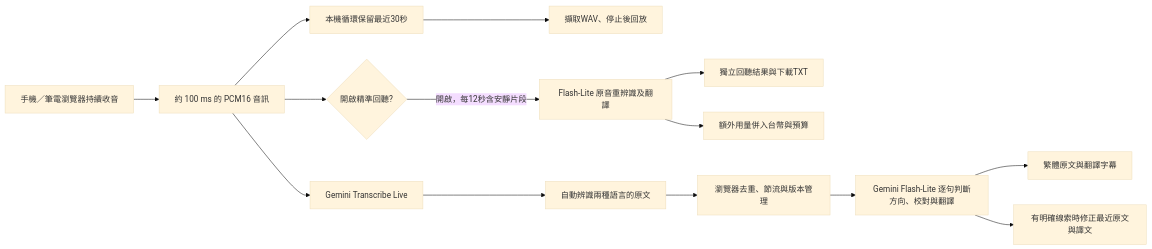
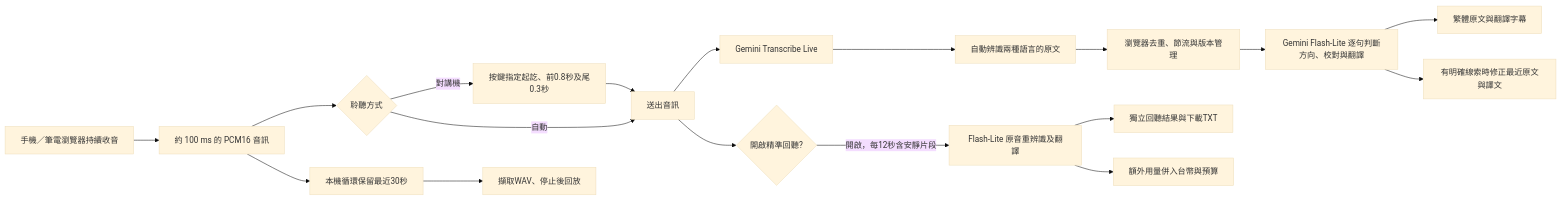
Before and after one commit to jerome956123/translator_system: the diagram in realtime-text/README.zh-TW.md, drawn with Mermaid (base theme). The commit also changed other lines of this file and 31 other files, not shown here.

````diff
--- a/realtime-text/README.zh-TW.md
+++ b/realtime-text/README.zh-TW.md
@@ -154,16 +171,20 @@
 ```mermaid
 flowchart LR
     A[手機／筆電瀏覽器持續收音] --> B[約 100 ms 的 PCM16 音訊]
-    B --> C[Gemini Transcribe Live]
+    B --> P{聆聽方式}
+    P -->|對講機| Q[按鍵指定起訖、前0.8秒及尾0.3秒]
+    P -->|自動| R[送出音訊]
+    Q --> R
+    R --> C[Gemini Transcribe Live]
     B --> I[本機循環保留最近30秒]
     I --> J[擷取WAV、停止後回放]
-    B --> K{開啟精準回聽?}
+    R --> K{開啟精準回聽?}
     K -->|開啟，每12秒含安靜片段| L[Flash-Lite 原音重辨識及翻譯]
     L --> M[獨立回聽結果與下載TXT]
     L --> N[額外用量併入台幣與預算]
     C --> D[自動辨識兩種語言的原文]
     D --> E[瀏覽器去重、節流與版本管理]
     E --> F[Gemini Flash-Lite 逐句判斷方向、校對與翻譯]
     F --> G[繁體原文與翻譯字幕]
     F --> H[有明確線索時修正最近原文與譯文]
 ```
````
